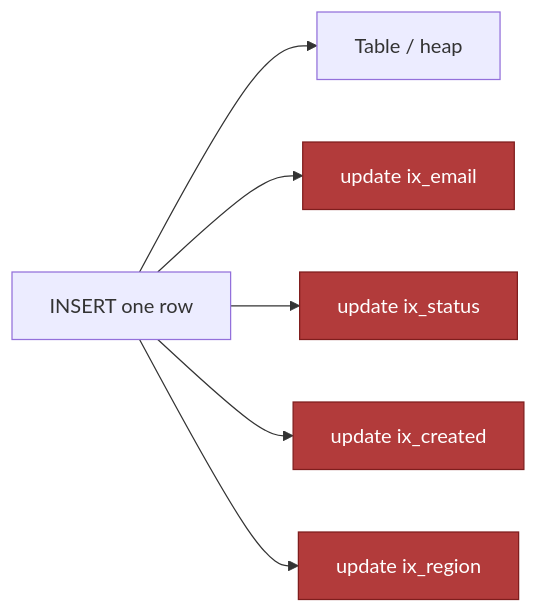
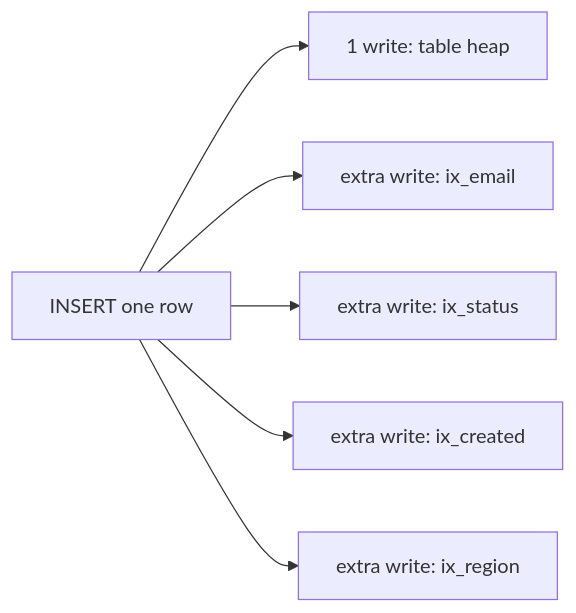
The diagram in src/modules/database/content/06-performance/05-performance-pitfalls.md (mohammad-mriesh-job/cortex), drawn with Mermaid before and after one commit. The commit also changed 257 other files, not shown here.

````diff
--- a/src/modules/database/content/06-performance/05-performance-pitfalls.md
+++ b/src/modules/database/content/06-performance/05-performance-pitfalls.md
@@ -127,10 +127,8 @@
 ```mermaid
 flowchart LR
-  W["INSERT one row"] --> T["Table / heap"]
-  W --> I1["update ix_email"]
-  W --> I2["update ix_status"]
-  W --> I3["update ix_created"]
-  W --> I4["update ix_region"]
-  class I1,I2,I3,I4 cost;
-  classDef cost fill:#b23b3b,stroke:#7f1d1d,color:#fff;
+  W["INSERT one row"] --> T["1 write: table heap"]
+  W --> I1["extra write: ix_email"]
+  W --> I2["extra write: ix_status"]
+  W --> I3["extra write: ix_created"]
+  W --> I4["extra write: ix_region"]
 ```
````
